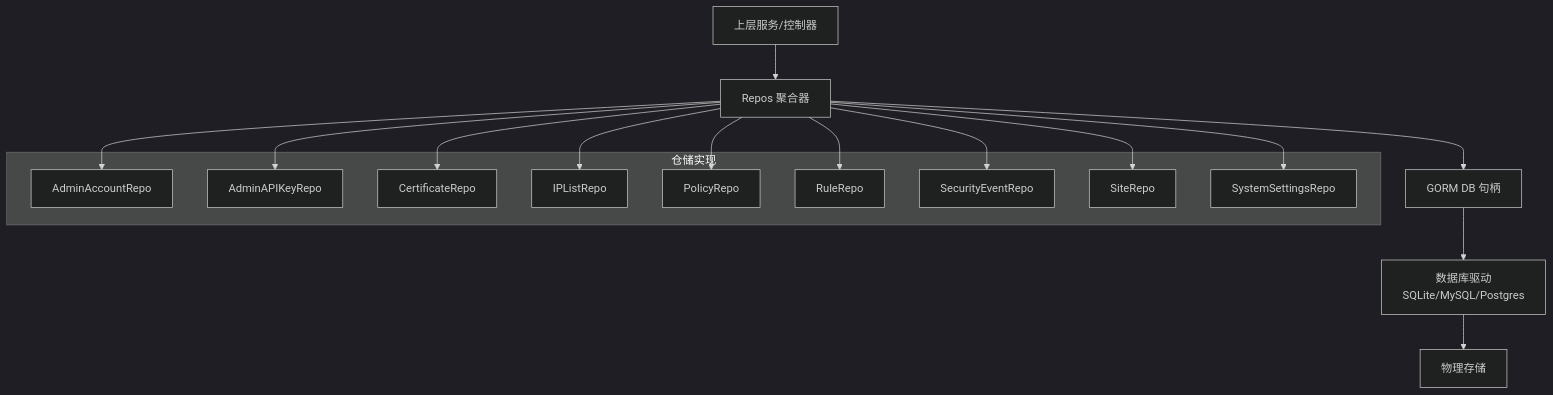
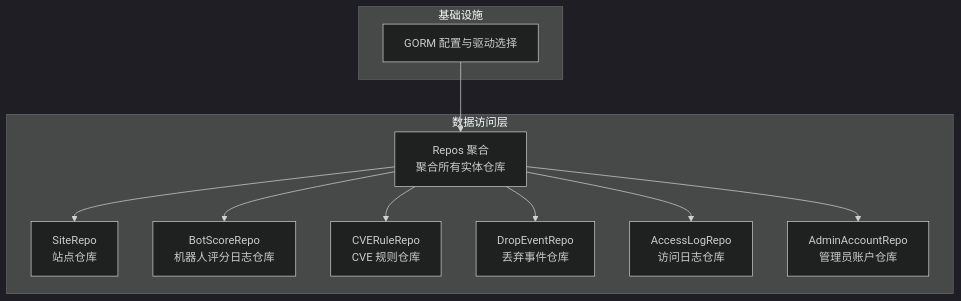
The first of 7 diagrams in docs/数据存储层/数据访问层设计.md (x01n/My-OpenWaf), drawn with Mermaid (dark theme) before and after one commit. The commit also changed other lines of this file and 199 other files, not shown here.

````diff
--- a/docs/数据存储层/数据访问层设计.md
+++ b/docs/数据存储层/数据访问层设计.md
@@ -112,27 +33,22 @@
 ```mermaid
 graph TB
-Service["上层服务/控制器"] --> Repos["Repos 聚合器"]
-Repos --> DB["GORM DB 句柄"]
-DB --> Driver["数据库驱动<br/>SQLite/MySQL/Postgres"]
-Driver --> Storage["物理存储"]
-subgraph "仓储实现"
-AdminAccRepo["AdminAccountRepo"]
-AdminKeyRepo["AdminAPIKeyRepo"]
-CertRepo["CertificateRepo"]
-IPListRepo["IPListRepo"]
-PolicyRepo["PolicyRepo"]
-RuleRepo["RuleRepo"]
-SecEventRepo["SecurityEventRepo"]
-SiteRepo["SiteRepo"]
-SysSetRepo["SystemSettingsRepo"]
+subgraph "数据访问层"
+Repos["Repos 聚合<br/>聚合所有实体仓库"]
+SiteRepo["SiteRepo<br/>站点仓库"]
+BotScoreRepo["BotScoreRepo<br/>机器人评分日志仓库"]
+CVERuleRepo["CVERuleRepo<br/>CVE 规则仓库"]
+DropEventRepo["DropEventRepo<br/>丢弃事件仓库"]
+AccessLogRepo["AccessLogRepo<br/>访问日志仓库"]
+AdminAccountRepo["AdminAccountRepo<br/>管理员账户仓库"]
 end
-Repos --> AdminAccRepo
-Repos --> AdminKeyRepo
-Repos --> CertRepo
-Repos --> IPListRepo
-Repos --> PolicyRepo
-Repos --> RuleRepo
-Repos --> SecEventRepo
+subgraph "基础设施"
+GormCfg["GORM 配置与驱动选择"]
+end
 Repos --> SiteRepo
-Repos --> SysSetRepo
+Repos --> BotScoreRepo
+Repos --> CVERuleRepo
+Repos --> DropEventRepo
+Repos --> AccessLogRepo
+Repos --> AdminAccountRepo
+GormCfg --> Repos
 ```
````
